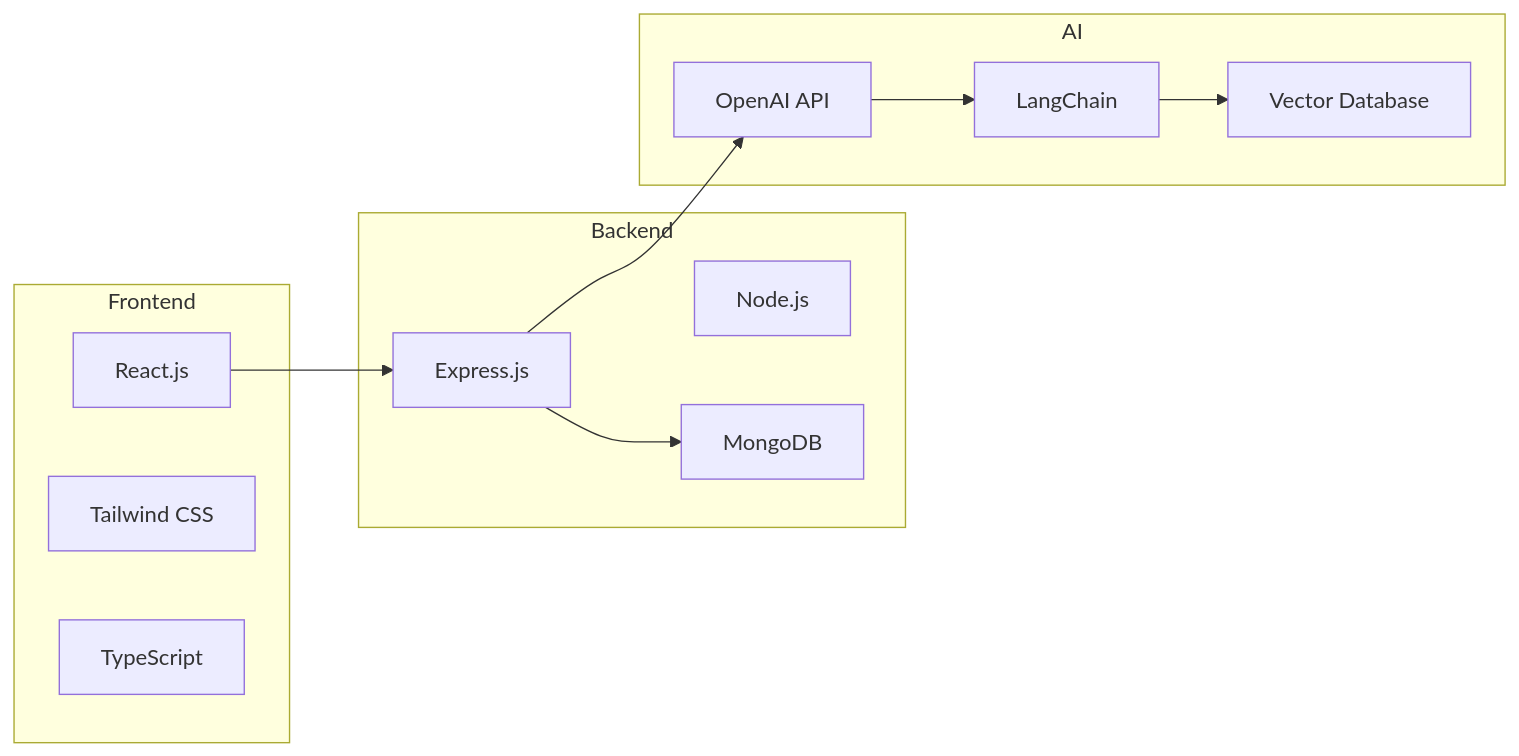
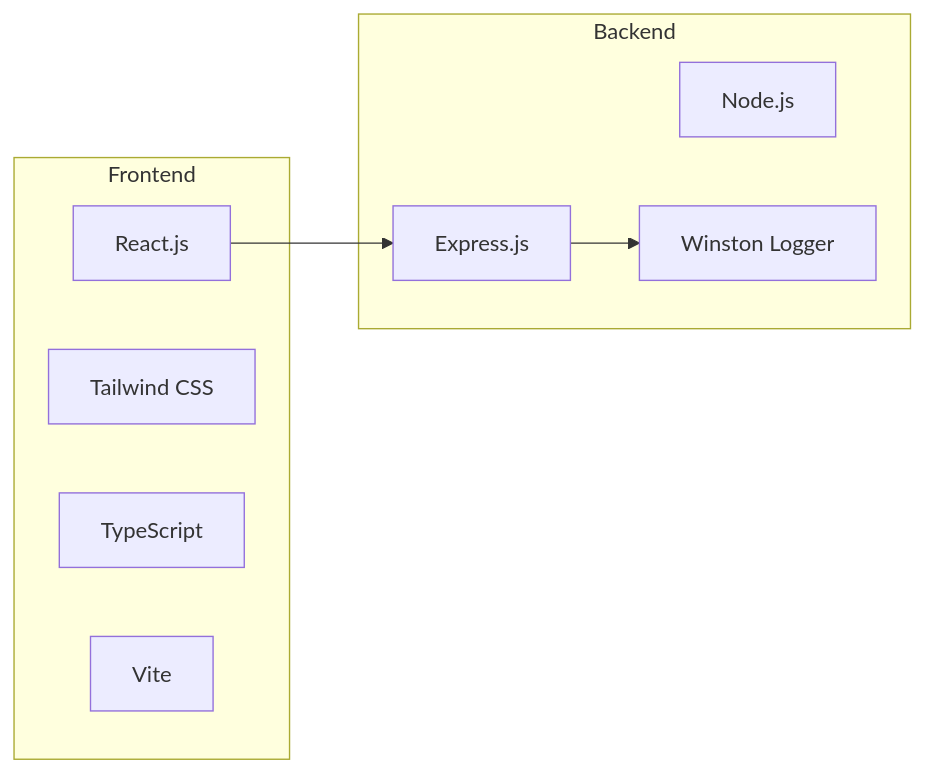
The third of 4 diagrams in PROJECT_PLAN.md (anhtdang92/direct-file-easy-webui), drawn with Mermaid before and after one commit. The commit also changed other lines of this file and 2 other files, not shown here.

````diff
--- a/PROJECT_PLAN.md
+++ b/PROJECT_PLAN.md
@@ -78,26 +71,18 @@
 ```mermaid
 graph LR
     subgraph Frontend
         React[React.js]
         Tailwind[Tailwind CSS]
         TypeScript[TypeScript]
+        Vite[Vite]
     end
 
     subgraph Backend
         Node[Node.js]
         Express[Express.js]
-        MongoDB[MongoDB]
-    end
-
-    subgraph AI
-        OpenAI[OpenAI API]
-        LangChain[LangChain]
-        VectorDB[Vector Database]
+        Logger[Winston Logger]
     end
 
     React --> Express
-    Express --> OpenAI
-    Express --> MongoDB
-    OpenAI --> LangChain
-    LangChain --> VectorDB
+    Express --> Logger
 ```
````
